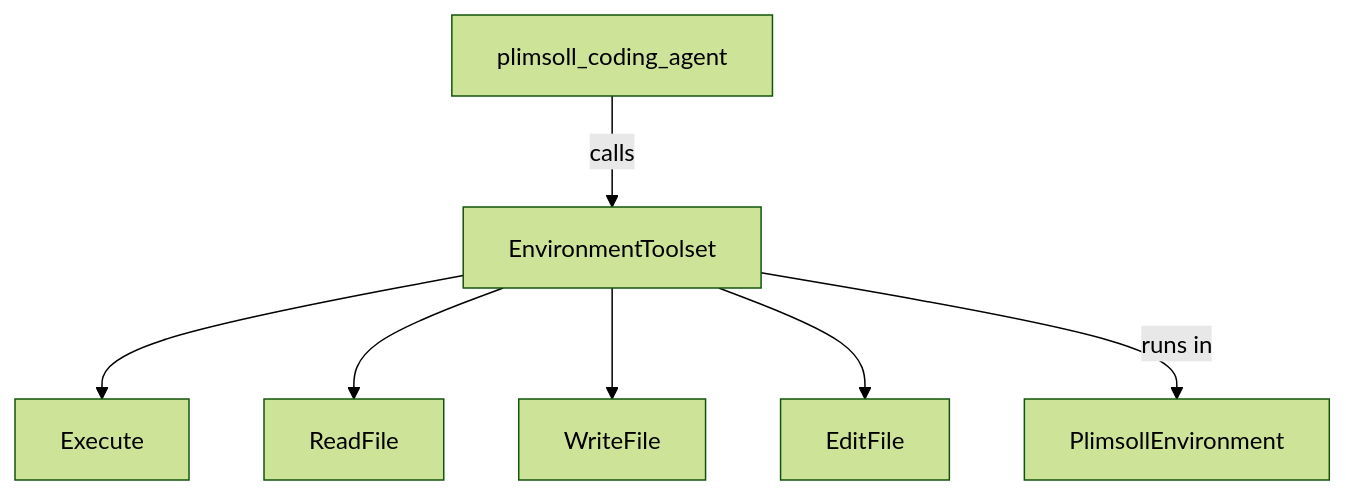
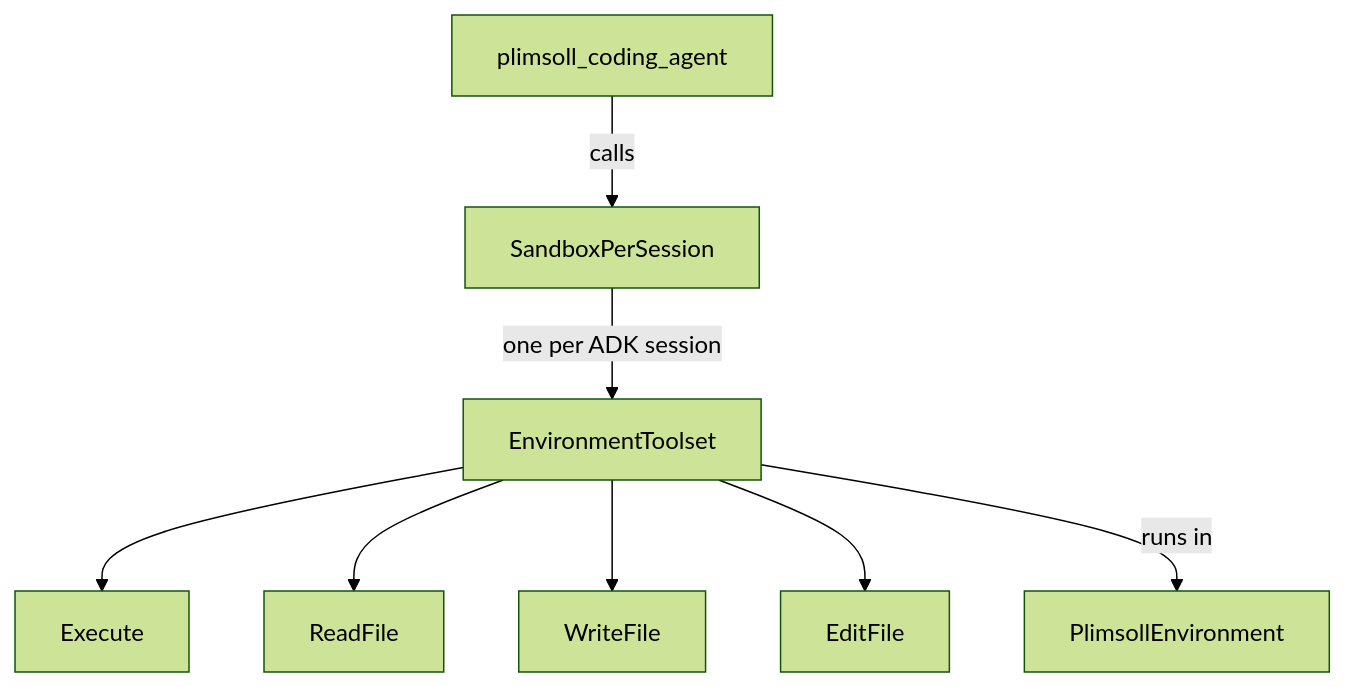
One commit to google/adk-python changed the diagram in contributing/samples/environment_and_skills/plimsoll_environment/README.md. Above: the diagram before and after it, drawn with Mermaid (forest theme). The commit also changed other lines of this file and 3 other files, not shown here.

First line of the commit message:
fix(samples): give each ADK session its own Plimsoll sandbox

````diff
--- a/contributing/samples/environment_and_skills/plimsoll_environment/README.md
+++ b/contributing/samples/environment_and_skills/plimsoll_environment/README.md
@@ -54,9 +55,10 @@
 ```mermaid
 graph TD
-    Agent[plimsoll_coding_agent] -->|calls| Toolset[EnvironmentToolset]
+    Agent[plimsoll_coding_agent] -->|calls| PerSession[SandboxPerSession]
+    PerSession -->|one per ADK session| Toolset[EnvironmentToolset]
     Toolset --> Execute[Execute]
     Toolset --> ReadFile[ReadFile]
     Toolset --> WriteFile[WriteFile]
     Toolset --> EditFile[EditFile]
     Toolset -->|runs in| Environment[PlimsollEnvironment]
 ```
````
